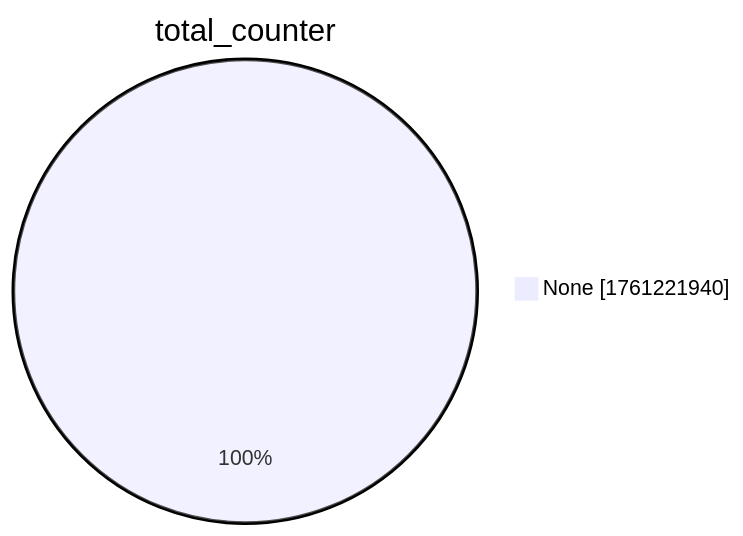
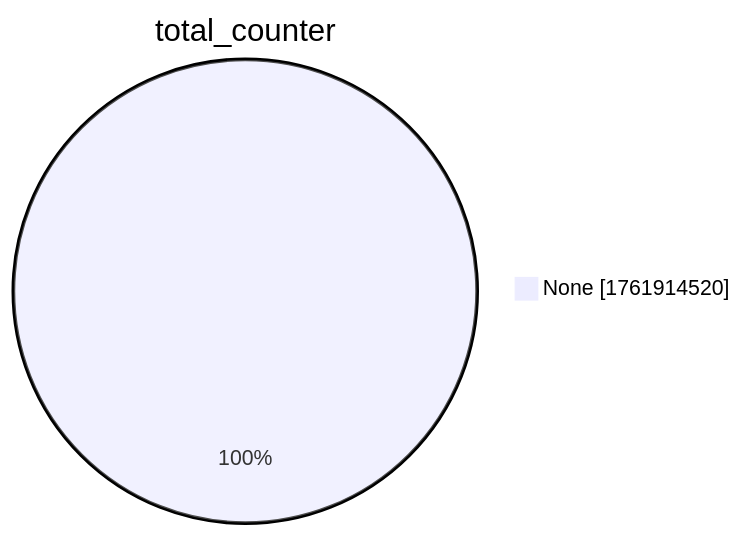
The second of 15 diagrams in xenon2022/README.md (christiankrug/ctmonitor_visualization), drawn with Mermaid before and after one commit. The commit also changed other lines of this file, not shown here.

````diff
--- a/xenon2022/README.md
+++ b/xenon2022/README.md
@@ -9,5 +9,5 @@
 ```mermaid
 pie showData
 title total_counter
-"None" :1761221940
+"None" :1761914520
 ```
````
